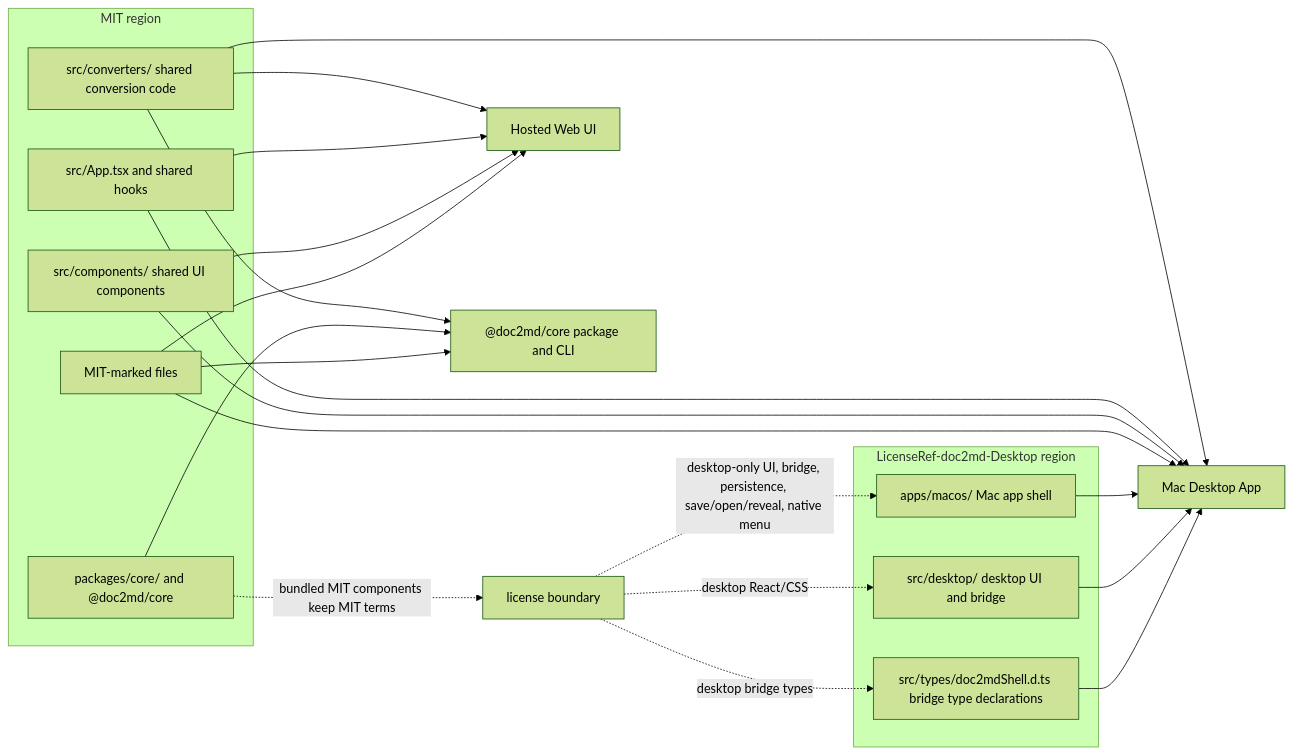
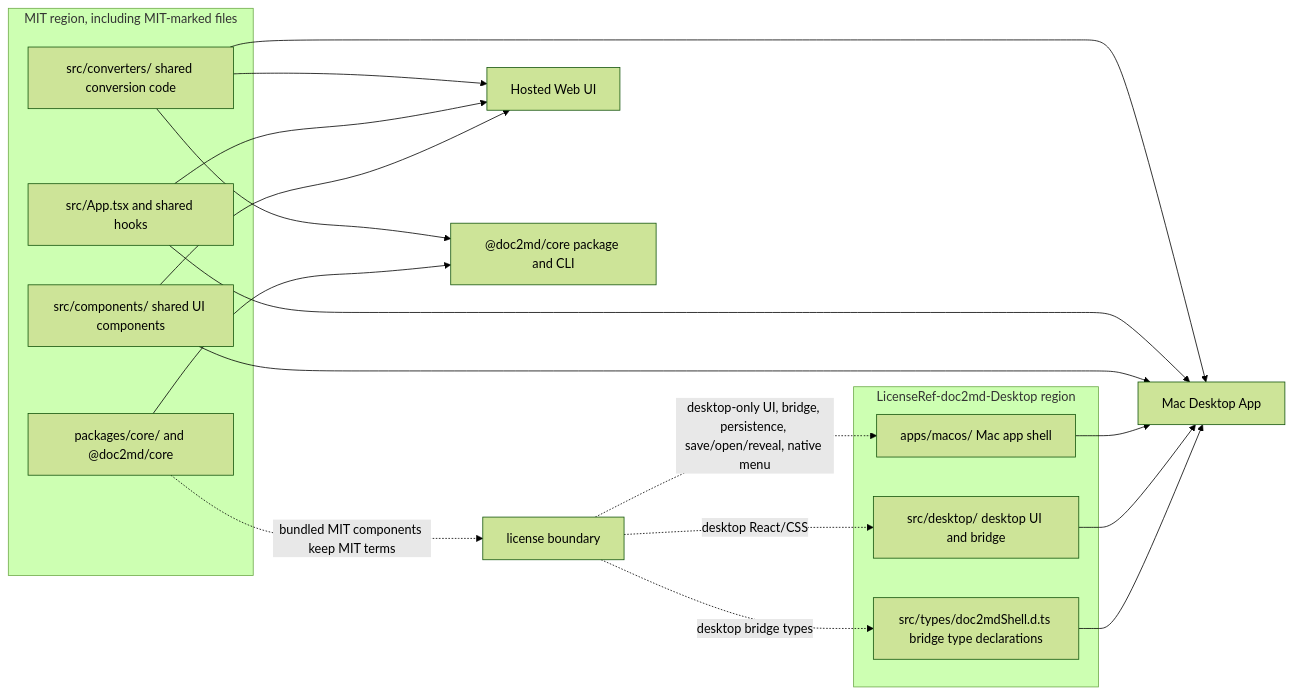
The diagram in docs/architecture.md (KjellKod/doc2md), drawn with Mermaid (forest theme) before and after one commit. The commit also changed other lines of this file, not shown here.

Commit message:
Move MIT-marked note into diagram header
Clarify that MIT-marked files are a scope rule for the MIT region, not a separate path row in the architecture diagrams.

Quest/Co-Authored by

in collaboration with KjellKod <kjell.hedstrom@gmail.com>

````diff
--- a/docs/architecture.md
+++ b/docs/architecture.md
@@ -30,41 +30,37 @@
 ```mermaid
 flowchart LR
-  subgraph MIT["MIT region"]
+  subgraph MIT["MIT region, including MIT-marked files"]
     converters["src/converters/ shared conversion code"]
     core["packages/core/ and @doc2md/core"]
     sharedSrc["src/App.tsx and shared hooks"]
     components["src/components/ shared UI components"]
-    mitMarked["MIT-marked files"]
   end
 
   boundary["license boundary"]
 
   subgraph Desktop["LicenseRef-doc2md-Desktop region"]
     macos["apps/macos/ Mac app shell"]
     desktopReact["src/desktop/ desktop UI and bridge"]
     shellTypes["src/types/doc2mdShell.d.ts bridge type declarations"]
   end
 
   hosted["Hosted Web UI"]
   desktopApp["Mac Desktop App"]
   npmPackage["@doc2md/core package and CLI"]
 
   converters --> hosted
   sharedSrc --> hosted
   components --> hosted
   converters --> desktopApp
   sharedSrc --> desktopApp
   components --> desktopApp
   converters --> npmPackage
   core --> npmPackage
-  mitMarked --> hosted
-  mitMarked --> desktopApp
-  mitMarked --> npmPackage
   core -. "bundled MIT components keep MIT terms" .-> boundary
   boundary -. "desktop-only UI, bridge, persistence, save/open/reveal, native menu" .-> macos
   boundary -. "desktop React/CSS" .-> desktopReact
   boundary -. "desktop bridge types" .-> shellTypes
   macos --> desktopApp
   desktopReact --> desktopApp
   shellTypes --> desktopApp
 ```
````
